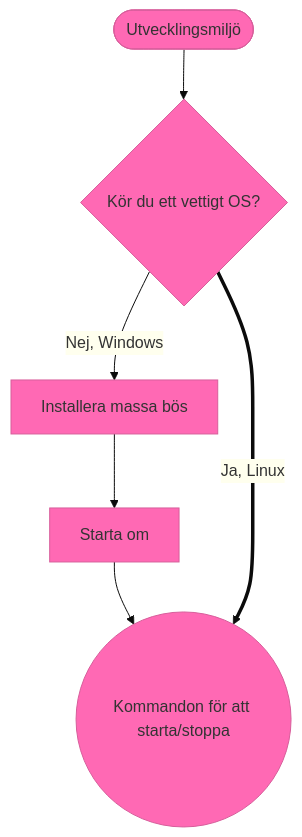
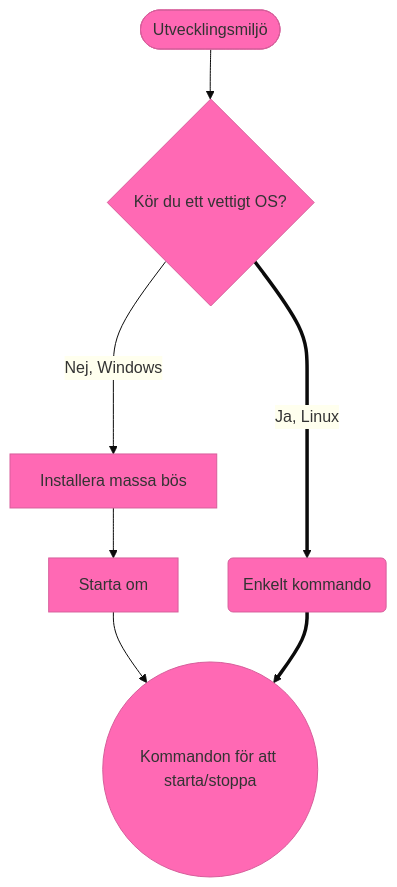
Before and after one commit to seetee/webweu01: the diagram in README.md, drawn with Mermaid.

````diff
--- a/README.md
+++ b/README.md
@@ -21,9 +21,11 @@
 ```mermaid
 %%{init: {'theme': 'base', 'themeVariables': { 'primaryColor': 'hotpink', 'edgeLabelBackground':'#ffffee', 'tertiaryColor': '#fff0f0'}}}%%
 flowchart TD
     A([Utvecklingsmiljö]) --> B
     B{Kör du ett vettigt OS?} -->|Nej, Windows| C
     C[Installera massa bös] --> D
-    D[Starta om] --> E
-    B ====>|Ja, Linux| E((Kommandon för att starta/stoppa))
+    D[Starta om] --> F
+    B ====>|Ja, Linux| E 
+    E(Enkelt kommando) ==> F
+    F((Kommandon för att starta/stoppa))
 ```
````
